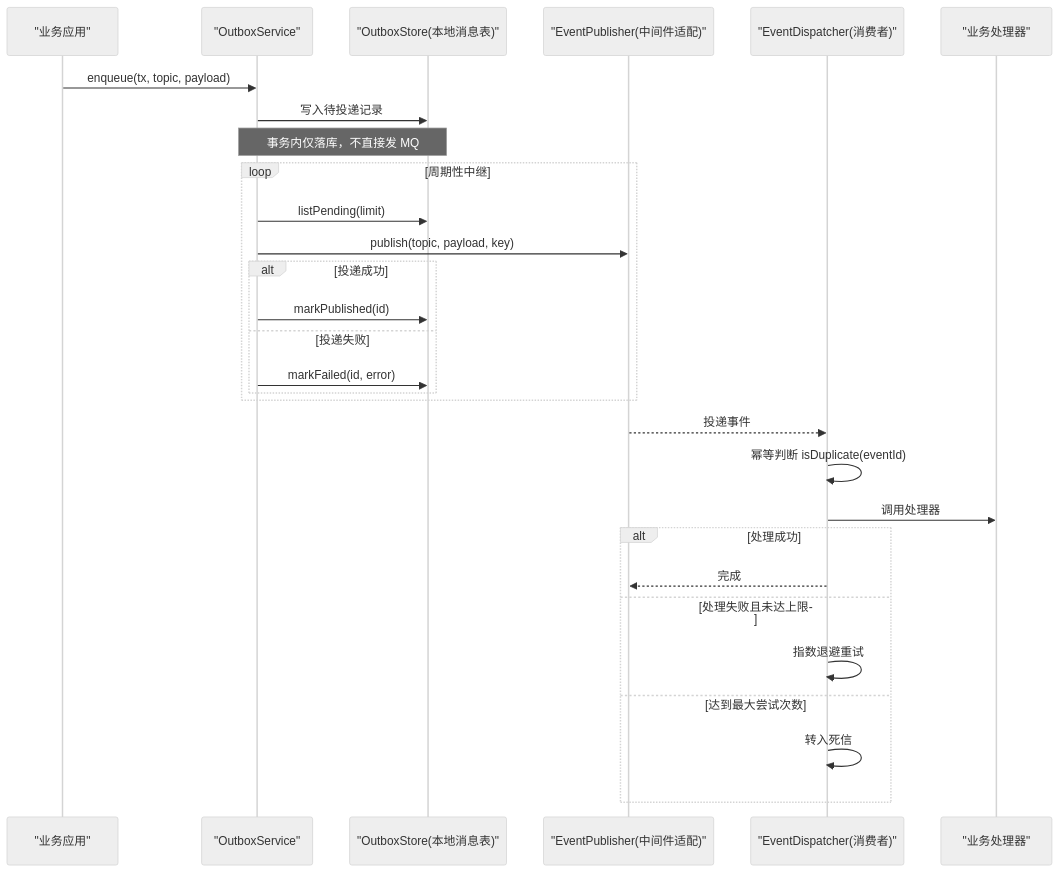
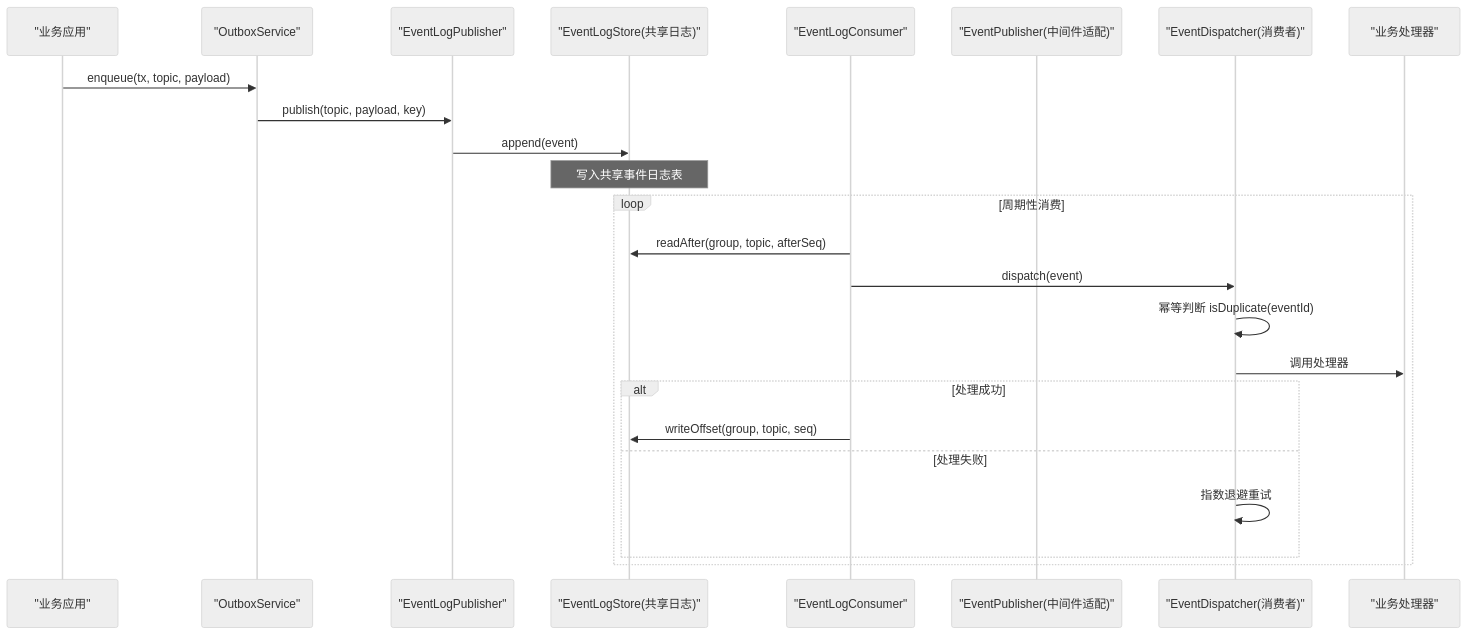
One commit to q446328246/agri-platform changed the second of 11 diagrams in .qoder/repowiki/zh/content/公共包文档/消息队列包 (@agri_mq).md. Above: the diagram before and after it, drawn with Mermaid (neutral theme). The commit also changed other lines of this file and 84 other files, not shown here.

````diff
--- a/.qoder/repowiki/zh/content/公共包文档/消息队列包 (@agri_mq).md
+++ b/.qoder/repowiki/zh/content/公共包文档/消息队列包 (@agri_mq).md
@@ -97,31 +110,26 @@
 ```mermaid
 sequenceDiagram
 participant App as "业务应用"
 participant Outbox as "OutboxService"
-participant Store as "OutboxStore(本地消息表)"
+participant LogPub as "EventLogPublisher"
+participant LogStore as "EventLogStore(共享日志)"
+participant LogCons as "EventLogConsumer"
 participant Pub as "EventPublisher(中间件适配)"
 participant Sub as "EventDispatcher(消费者)"
 participant Handler as "业务处理器"
 App->>Outbox : enqueue(tx, topic, payload)
-Outbox->>Store : 写入待投递记录
-Note over Outbox,Store : 事务内仅落库，不直接发 MQ
-loop 周期性中继
-Outbox->>Store : listPending(limit)
-Outbox->>Pub : publish(topic, payload, key)
-alt 投递成功
-Outbox->>Store : markPublished(id)
-else 投递失败
-Outbox->>Store : markFailed(id, error)
-end
-end
-Pub-->>Sub : 投递事件
+Outbox->>LogPub : publish(topic, payload, key)
+LogPub->>LogStore : append(event)
+Note over LogStore : 写入共享事件日志表
+loop 周期性消费
+LogCons->>LogStore : readAfter(group, topic, afterSeq)
+LogCons->>Sub : dispatch(event)
 Sub->>Sub : 幂等判断 isDuplicate(eventId)
 Sub->>Handler : 调用处理器
 alt 处理成功
-Sub-->>Pub : 完成
-else 处理失败且未达上限
+LogCons->>LogStore : writeOffset(group, topic, seq)
+else 处理失败
 Sub->>Sub : 指数退避重试
-else 达到最大尝试次数
-Sub->>Sub : 转入死信
+end
 end
 ```
````
